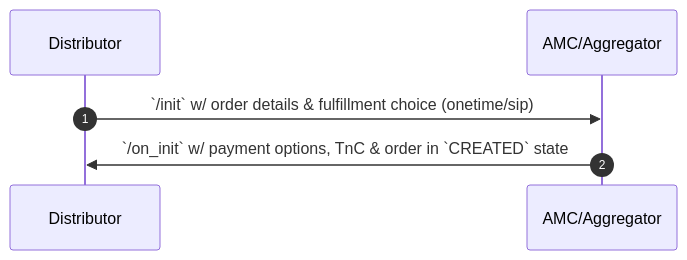
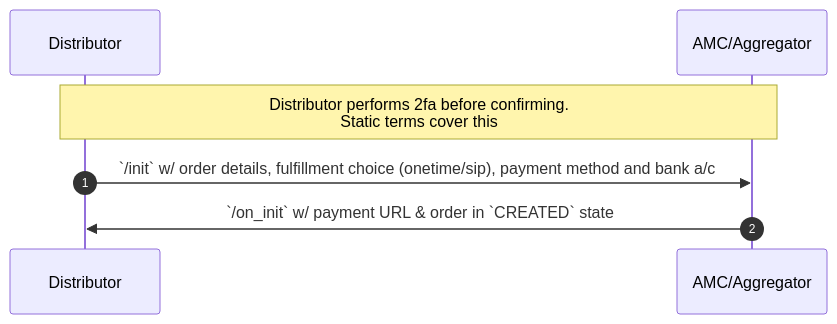
One commit to ONDC-Official/ONDC-FIS-Specifications changed the second of 5 diagrams in api/components/docs/stage-order.md. Above: the diagram before and after it, drawn with Mermaid. The commit also changed other lines of this file and 31 other files, not shown here.

Commit message:
moving payment to pre fulfillment

````diff
--- a/api/components/docs/stage-order.md
+++ b/api/components/docs/stage-order.md
@@ -82,8 +82,9 @@
 ```mermaid
 sequenceDiagram
     autonumber
     participant bap AS Distributor
     participant bpp AS AMC/Aggregator
-    bap ->> bpp: `/init` w/ order details & fulfillment choice (onetime/sip)
-    bpp ->> bap: `/on_init` w/ payment options, TnC & order in `CREATED` state
+    Note over bap, bpp: Distributor performs 2fa before confirming. <br /> Static terms cover this
+    bap ->> bpp: `/init` w/ order details, fulfillment choice (onetime/sip), payment method and bank a/c
+    bpp ->> bap: `/on_init` w/ payment URL & order in `CREATED` state
 ```
````
